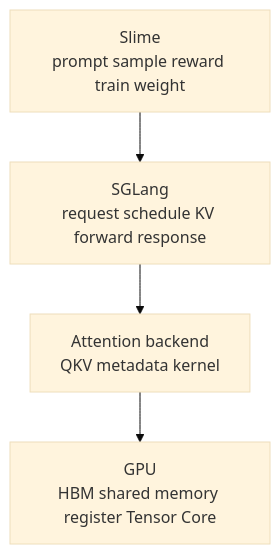
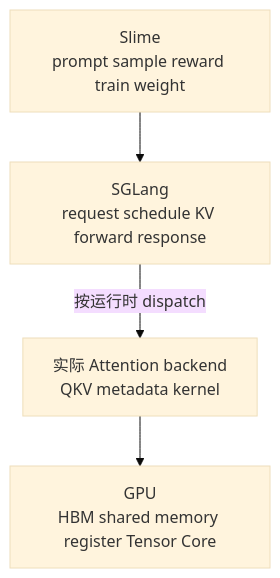
The diagram in knowledge_maps/AI-Infra联合学习路径.md (OnlyHero5/sglang-reading-vault), drawn with Mermaid (base theme) before and after one commit. The commit also changed other lines of this file and 512 other files, not shown here.

````diff
--- a/knowledge_maps/AI-Infra联合学习路径.md
+++ b/knowledge_maps/AI-Infra联合学习路径.md
@@ -24,8 +24,10 @@
 ```mermaid
 flowchart TB
     RL["Slime<br/>prompt sample reward train weight"]
     SV["SGLang<br/>request schedule KV forward response"]
-    OP["Attention backend<br/>QKV metadata kernel"]
+    OP["实际 Attention backend<br/>QKV metadata kernel"]
     GPU["GPU<br/>HBM shared memory register Tensor Core"]
-    RL --> SV --> OP --> GPU
+    RL --> SV
+    SV -->|"按运行时 dispatch"| OP
+    OP --> GPU
 ```
````
